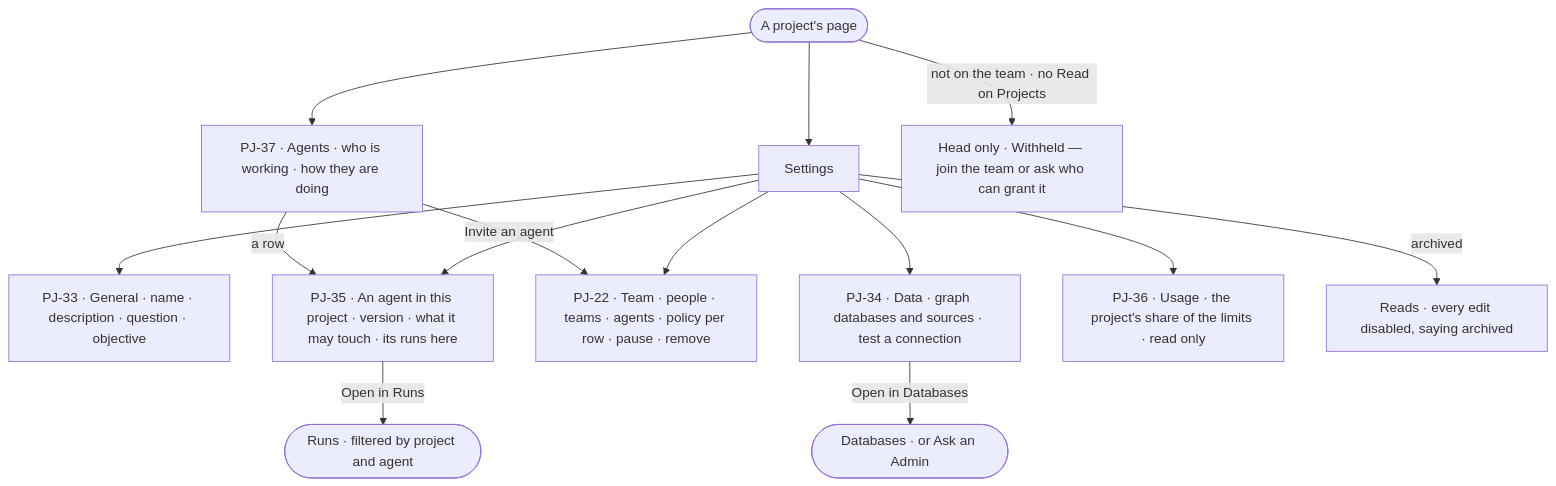
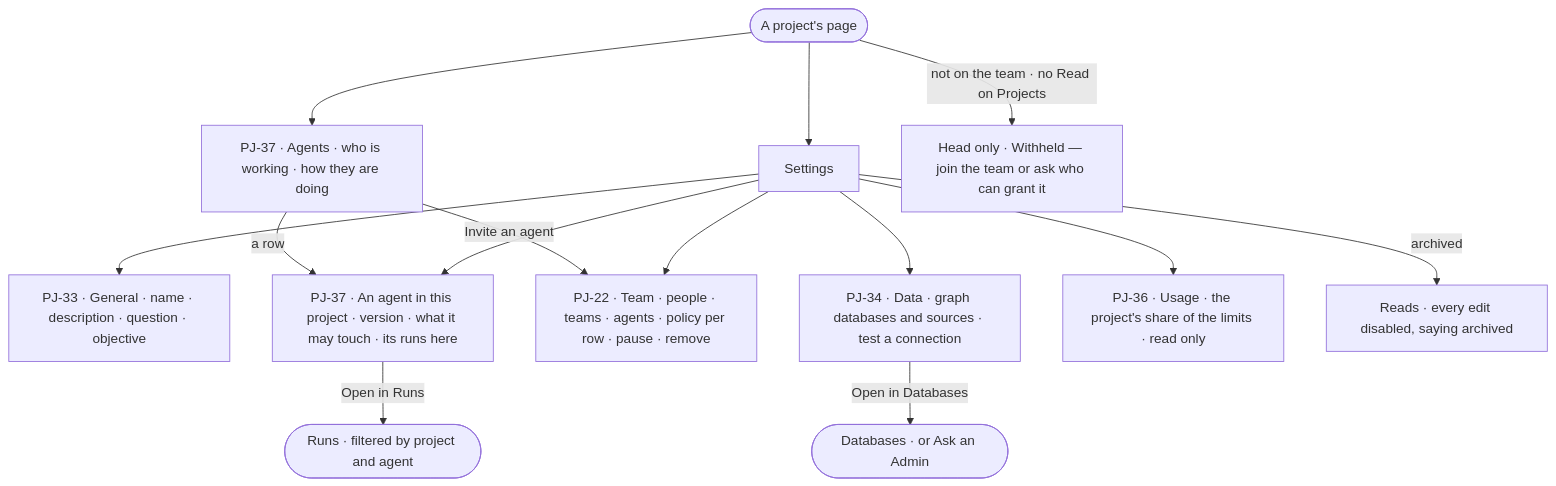
Before and after one commit to invana/invana: the diagram in specs/capabilities/projects/features/PJ-F08-project-settings/feature.md, drawn with Mermaid. The commit also changed other lines of this file and 156 other files, not shown here.

Commit message:
wip(platform-design-3): P02 · steps 1-4 — section 4, E2E sweep, merges, flow boards, journeys

````diff
--- a/specs/capabilities/projects/features/PJ-F08-project-settings/feature.md
+++ b/specs/capabilities/projects/features/PJ-F08-project-settings/feature.md
@@ -29,16 +29,16 @@
 ```mermaid
 flowchart TD
   s([A project's page]) --> ag["PJ-37 · Agents · who is working · how they are doing"]
   s --> st["Settings"]
   st --> g["PJ-33 · General · name · description · question · objective"]
   st --> d["PJ-34 · Data · graph databases and sources · test a connection"]
   st --> t["PJ-22 · Team · people · teams · agents · policy per row · pause · remove"]
-  st --> a["PJ-35 · An agent in this project · version · what it may touch · its runs here"]
+  st --> a["PJ-37 · An agent in this project · version · what it may touch · its runs here"]
   st --> u["PJ-36 · Usage · the project's share of the limits · read only"]
   ag -->|a row| a
   ag -->|Invite an agent| t
   a -->|Open in Runs| rn(["Runs · filtered by project and agent"])
   d -->|Open in Databases| db(["Databases · or Ask an Admin"])
   s -->|not on the team · no Read on Projects| wh["Head only · Withheld — join the team or ask who can grant it"]
   st -->|archived| ar["Reads · every edit disabled, saying archived"]
 ```
````
